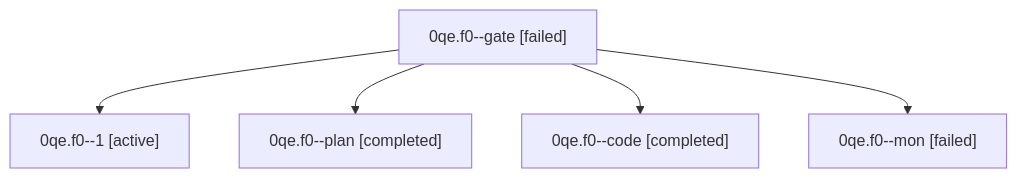
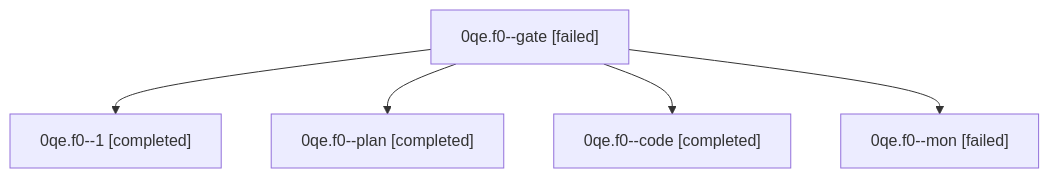
One commit to sase-org/sase--agents changed the diagram in families/bbugyi200.athena.0qe.f0.md. Above: the diagram before and after it, drawn with Mermaid. The commit also changed other lines of this file and 36 other files, not shown here.

````diff
--- a/families/bbugyi200.athena.0qe.f0.md
+++ b/families/bbugyi200.athena.0qe.f0.md
@@ -9,12 +9,12 @@
 ```mermaid
 flowchart TD
   n0["0qe.f0--gate [failed]"]
-  n1["0qe.f0--1 [active]"]
+  n1["0qe.f0--1 [completed]"]
   n0 --> n1
   n2["0qe.f0--plan [completed]"]
   n0 --> n2
   n3["0qe.f0--code [completed]"]
   n0 --> n3
   n4["0qe.f0--mon [failed]"]
   n0 --> n4
 ```
````
